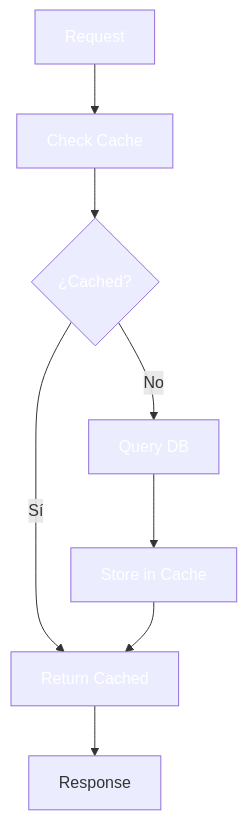
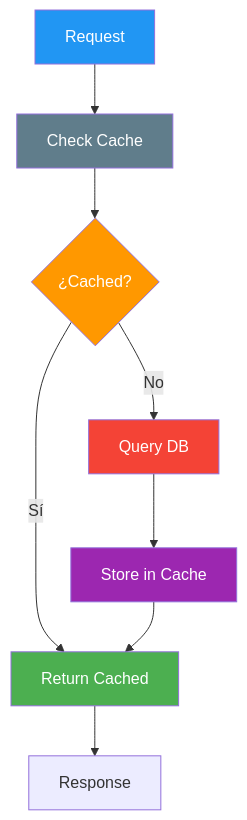
One commit to joseluisgs/DesarrolloWebEntornosServidor-02-2026-2027 changed the second of 3 diagrams in 23-optimizacion.md. Above: the diagram before and after it, drawn with Mermaid. The commit also changed other lines of this file and 29 other files, not shown here.

Commit message:
docs: corregir estilos Mermaid y estilo, quitar referencias a la Tienda y reestructurar los retos 13 y 15

````diff
--- a/23-optimizacion.md
+++ b/23-optimizacion.md
@@ -347,16 +347,16 @@
 ```mermaid
 graph TD
     A["Request"] --> B["Check Cache"]
     B --> C{"¿Cached?"}
     C -->|"Sí"| D["Return Cached"]
     C -->|"No"| E["Query DB"]
     E --> F["Store in Cache"]
     F --> D
     D --> G["Response"]
-    style A fill:#2196F,color:#fff3,color:#fff
-    style B fill:#607D8,color:#fffB,color:#fff
-    style C fill:#FF980,color:#fff0,color:#fff
-    style D fill:#4CAF5,color:#fff0,color:#fff
-    style E fill:#f4433,color:#fff6,color:#fff
-    style F fill:#9C27B,color:#fff0,color:#fff
+    style A fill:#2196F3,color:#fff
+    style B fill:#607D8B,color:#fff
+    style C fill:#FF9800,color:#fff
+    style D fill:#4CAF50,color:#fff
+    style E fill:#f44336,color:#fff
+    style F fill:#9C27B0,color:#fff
 ```
````
